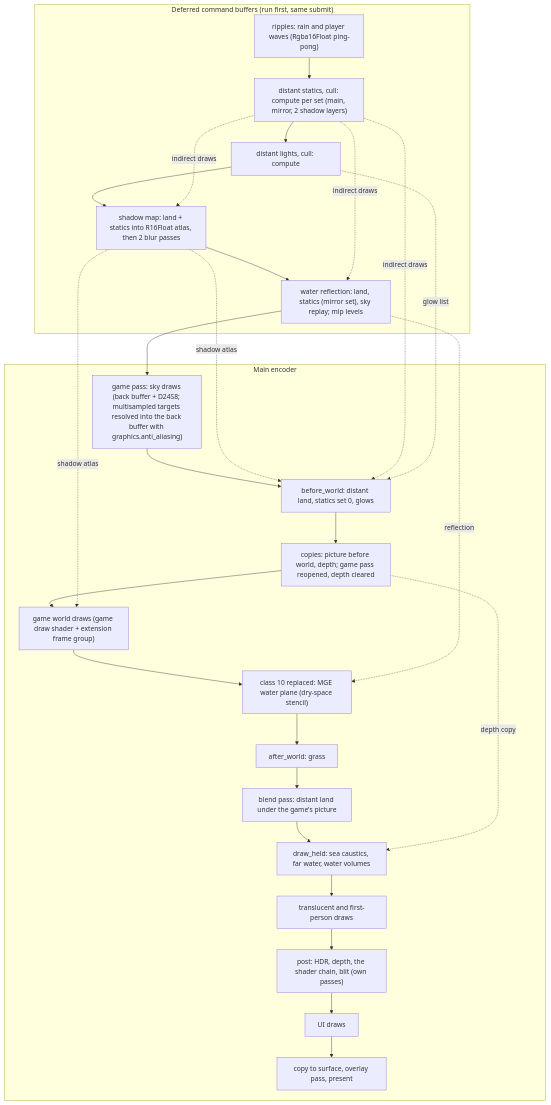
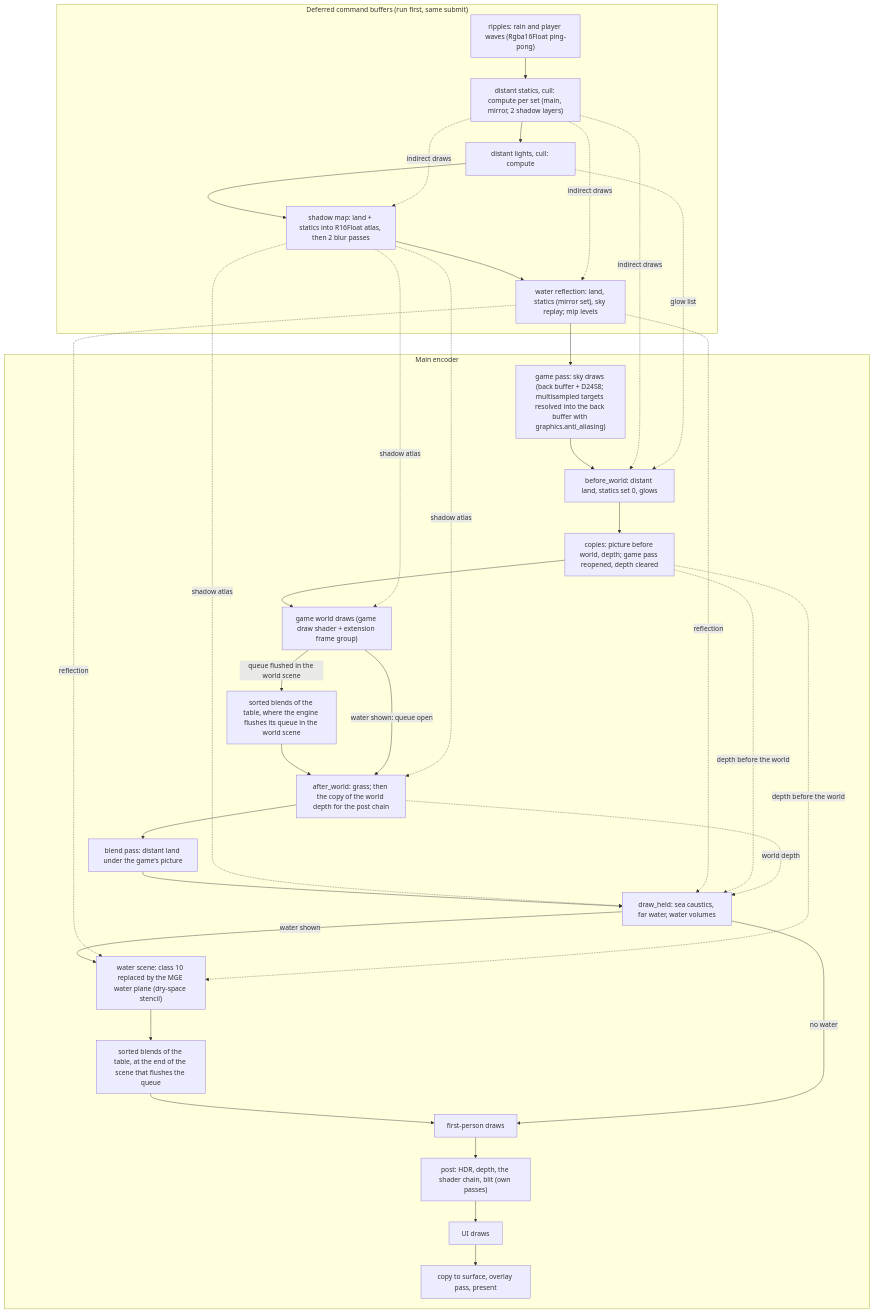
One commit to StormAtronach/MGE-XE-G7 changed the diagram in docs/architecture/wgpu-renderer.md. Above: the diagram before and after it, drawn with Mermaid. The commit also changed other lines of this file, not shown here.

First paragraph of the commit message:
wgpu-renderer.md 3.2: the frame order of the code (W388, verdict 250)
The diagram and the table of section 3.2 now follow the code.

````diff
--- a/docs/architecture/wgpu-renderer.md
+++ b/docs/architecture/wgpu-renderer.md
@@ -153,34 +153,46 @@
 ```mermaid
 flowchart TD
     subgraph deferred["Deferred command buffers (run first, same submit)"]
         R["ripples: rain and player waves (Rgba16Float ping-pong)"]
         C["distant statics, cull: compute per set (main, mirror, 2 shadow layers)"]
         L["distant lights, cull: compute"]
         S["shadow map: land + statics into R16Float atlas, then 2 blur passes"]
         W["water reflection: land, statics (mirror set), sky replay; mip levels"]
     end
     subgraph main["Main encoder"]
         P0["game pass: sky draws (back buffer + D24S8; multisampled targets resolved into the back buffer with graphics.anti_aliasing)"]
         P1["before_world: distant land, statics set 0, glows"]
         P2["copies: picture before world, depth; game pass reopened, depth cleared"]
         P3["game world draws (game draw shader + extension frame group)"]
-        P4["class 10 replaced: MGE water plane (dry-space stencil)"]
-        P5["after_world: grass"]
+        P4["sorted blends of the table, where the engine flushes its queue in the world scene"]
+        P5["after_world: grass; then the copy of the world depth for the post chain"]
         P6["blend pass: distant land under the game's picture"]
         P7["draw_held: sea caustics, far water, water volumes"]
-        P8["translucent and first-person draws"]
-        P9["post: HDR, depth, the shader chain, blit (own passes)"]
-        P10["UI draws"]
-        P11["copy to surface, overlay pass, present"]
+        P8["water scene: class 10 replaced by the MGE water plane (dry-space stencil)"]
+        P9["sorted blends of the table, at the end of the scene that flushes the queue"]
+        P10["first-person draws"]
+        P11["post: HDR, depth, the shader chain, blit (own passes)"]
+        P12["UI draws"]
+        P13["copy to surface, overlay pass, present"]
     end
     R --> C --> L --> S --> W --> P0
-    P0 --> P1 --> P2 --> P3 --> P4 --> P5 --> P6 --> P7 --> P8 --> P9 --> P10 --> P11
-    S -. shadow atlas .-> P1
+    P0 --> P1 --> P2 --> P3
+    P3 -- "queue flushed in the world scene" --> P4 --> P5
+    P3 -- "water shown: queue open" --> P5
+    P5 --> P6 --> P7
+    P7 -- "water shown" --> P8 --> P9 --> P10
+    P7 -- "no water" --> P10
+    P10 --> P11 --> P12 --> P13
     S -. shadow atlas .-> P3
-    W -. reflection .-> P4
+    S -. shadow atlas .-> P5
+    S -. shadow atlas .-> P7
+    W -. reflection .-> P7
+    W -. reflection .-> P8
     C -. indirect draws .-> P1
     C -. indirect draws .-> W
     C -. indirect draws .-> S
     L -. glow list .-> P1
-    P2 -. depth copy .-> P7
+    P2 -. depth before the world .-> P7
+    P2 -. depth before the world .-> P8
+    P5 -. world depth .-> P7
 ```
````
